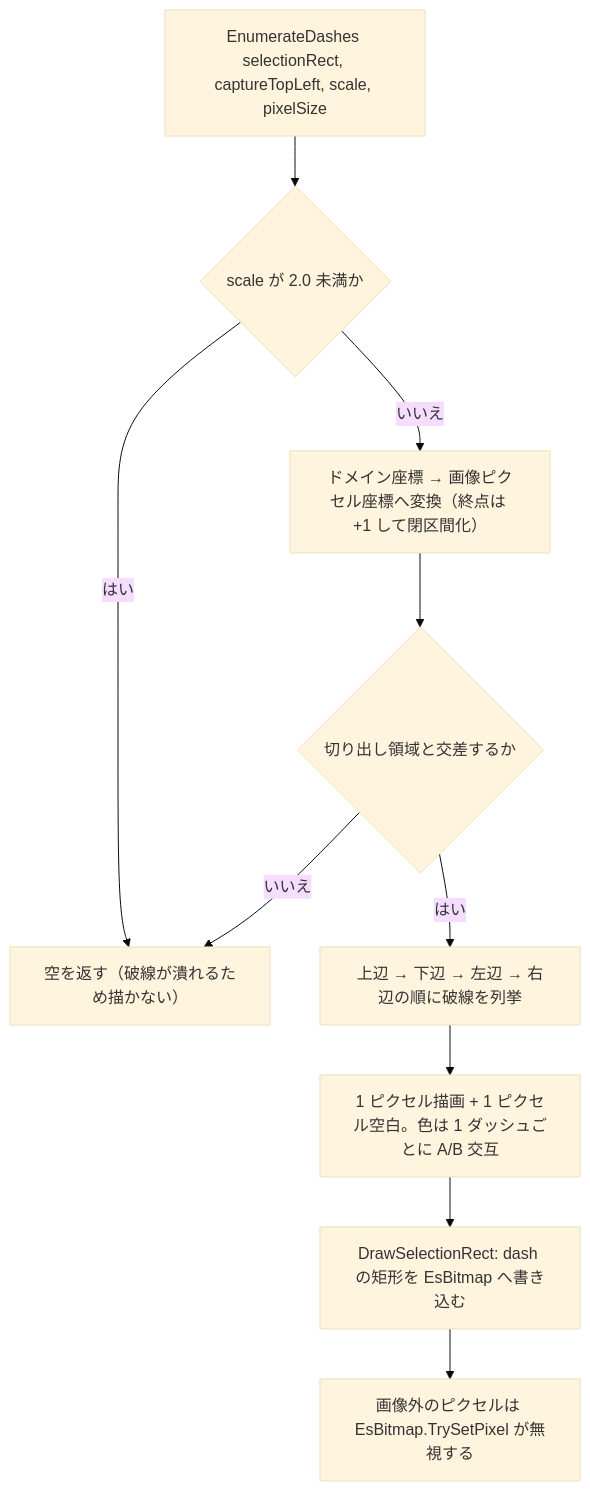
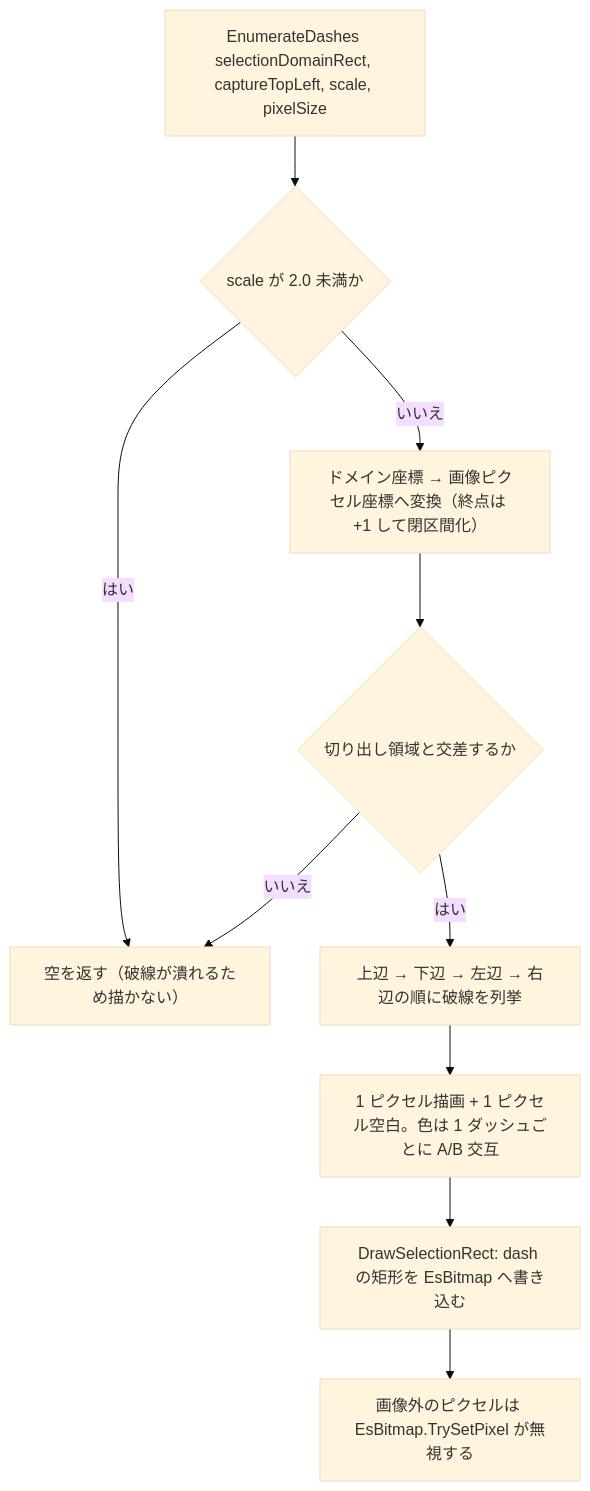
One commit to tomokuni/SaveEvidence changed the fifth of 5 diagrams in src/FadeMaskDragRectControl.Core/SPEC_System.md. Above: the diagram before and after it, drawn with Mermaid (base theme). The commit also changed other lines of this file and 106 other files, not shown here.

````diff
--- a/src/FadeMaskDragRectControl.Core/SPEC_System.md
+++ b/src/FadeMaskDragRectControl.Core/SPEC_System.md
@@ -162,12 +162,12 @@
 ```mermaid
 flowchart TD
-  A[EnumerateDashes selectionRect, captureTopLeft, scale, pixelSize] --> B{scale が 2.0 未満か}
+  A[EnumerateDashes selectionDomainRect, captureTopLeft, scale, pixelSize] --> B{scale が 2.0 未満か}
   B -- はい --> Z[空を返す（破線が潰れるため描かない）]
   B -- いいえ --> C[ドメイン座標 → 画像ピクセル座標へ変換（終点は +1 して閉区間化）]
   C --> D{切り出し領域と交差するか}
   D -- いいえ --> Z
   D -- はい --> E[上辺 → 下辺 → 左辺 → 右辺の順に破線を列挙]
   E --> F[1 ピクセル描画 + 1 ピクセル空白。色は 1 ダッシュごとに A/B 交互]
   F --> G[DrawSelectionRect: dash の矩形を EsBitmap へ書き込む]
   G --> H[画像外のピクセルは EsBitmap.TrySetPixel が無視する]
 ```
````
